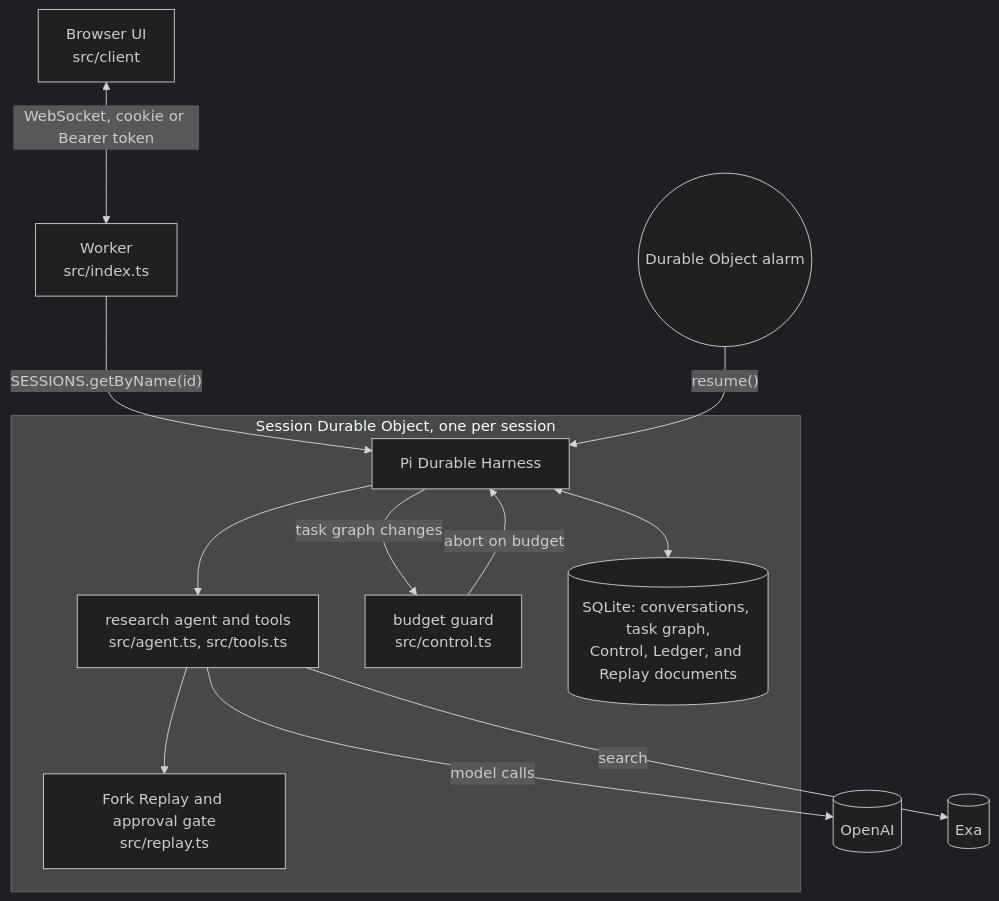
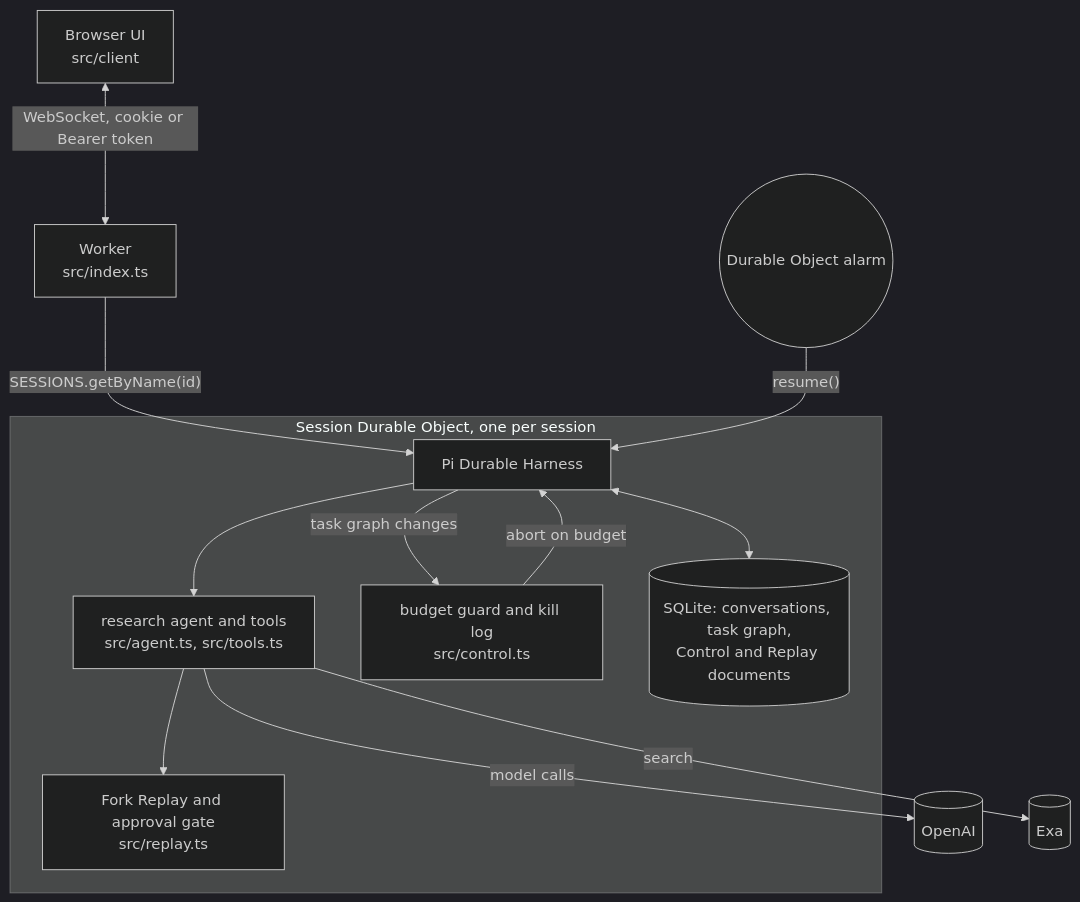
Before and after one commit to hung-ngm/pi-durable-replay: the diagram in README.md, drawn with Mermaid (dark theme). The commit also changed other lines of this file and 4 other files, not shown here.

````diff
--- a/README.md
+++ b/README.md
@@ -28,22 +30,22 @@
 ```mermaid
 flowchart TB
 	Browser["Browser UI<br/>src/client"] <-- "WebSocket, cookie or Bearer token" --> Worker["Worker<br/>src/index.ts"]
 	Worker -- "SESSIONS.getByName(id)" --> Harness
 
 	subgraph Session["Session Durable Object, one per session"]
 		Harness["Pi Durable Harness"]
 		Agent["research agent and tools<br/>src/agent.ts, src/tools.ts"]
 		Replay["Fork Replay and approval gate<br/>src/replay.ts"]
-		Control["budget guard<br/>src/control.ts"]
-		Store[("SQLite: conversations, task graph,<br/>Control, Ledger, and Replay documents")]
+		Control["budget guard and kill log<br/>src/control.ts"]
+		Store[("SQLite: conversations, task graph,<br/>Control and Replay documents")]
 		Harness --> Agent
 		Agent --> Replay
 		Harness -- "task graph changes" --> Control
 		Control -- "abort on budget" --> Harness
 		Harness <--> Store
 	end
 
 	Alarm(("Durable Object alarm")) -- "resume()" --> Harness
 	Agent -- "model calls" --> OpenAI[("OpenAI")]
 	Agent -- "search" --> Exa[("Exa")]
 ```
````
